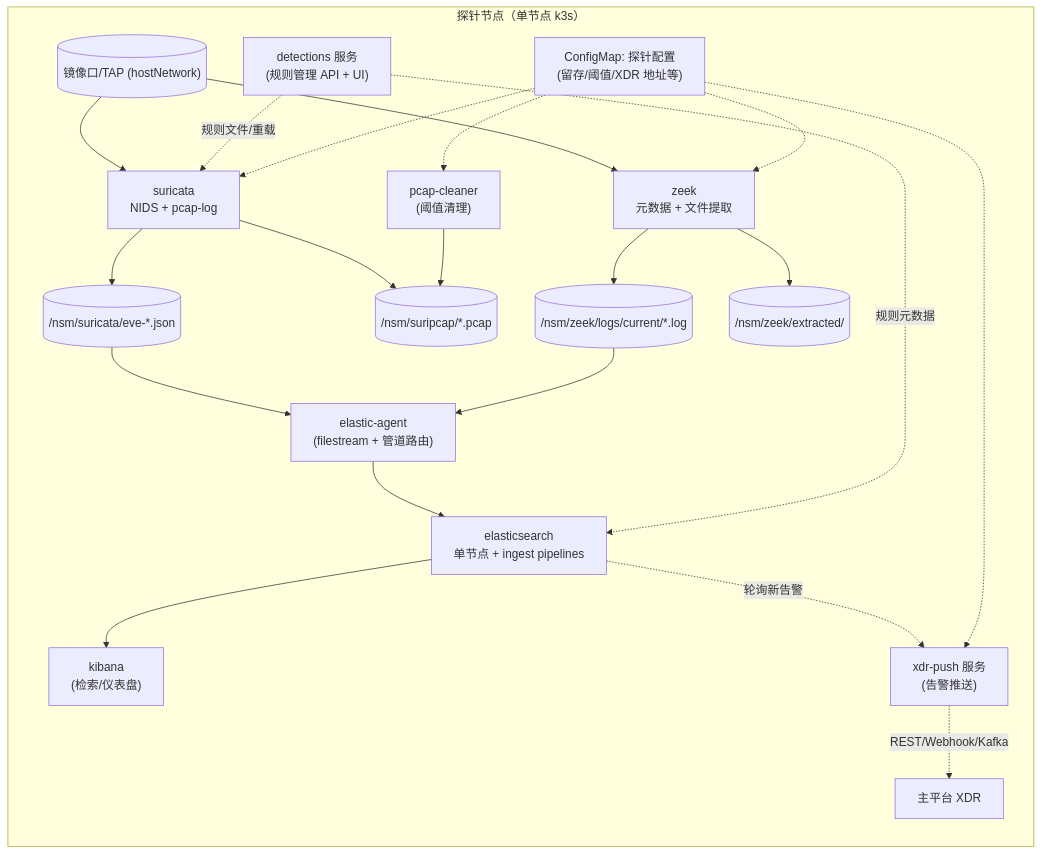
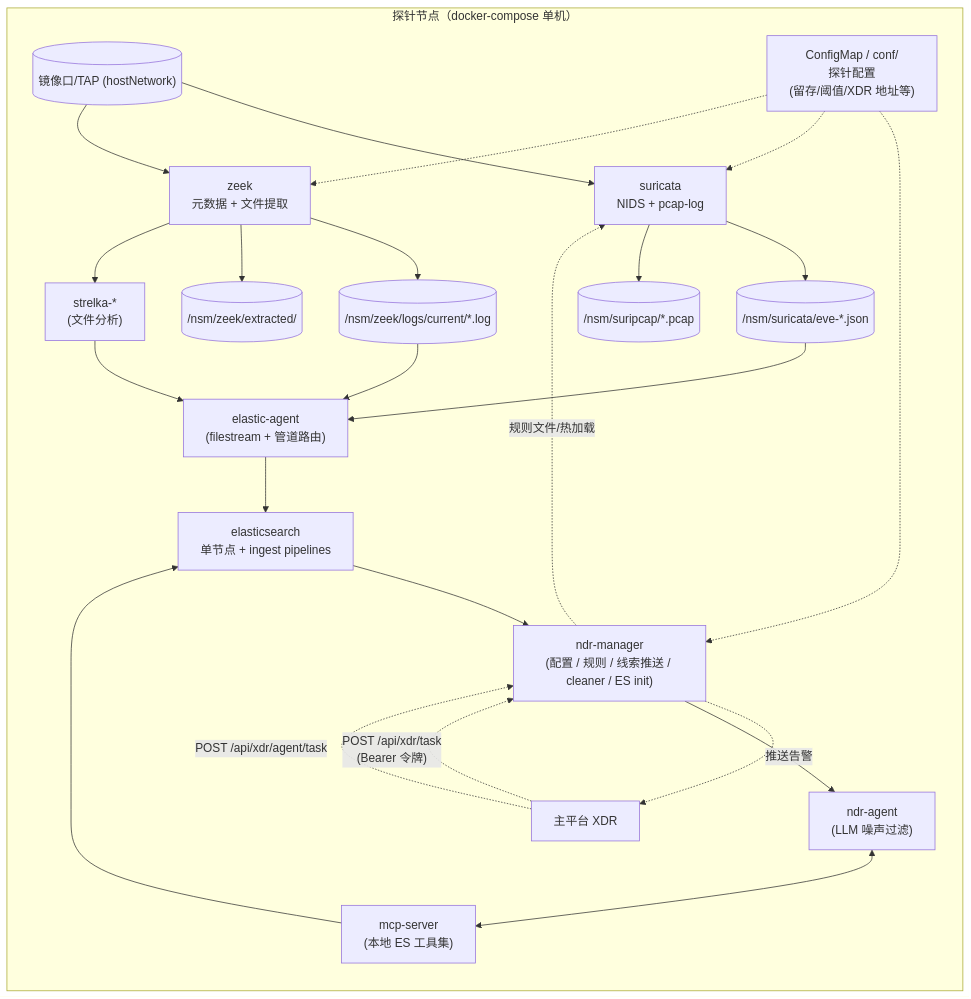
One commit to Cxiyuan/nss-ndr changed the diagram in docs/架构设计-NDR探针-容器化-k3s.md. Above: the diagram before and after it, drawn with Mermaid. The commit also changed other lines of this file and 8 other files, not shown here.

````diff
--- a/docs/架构设计-NDR探针-容器化-k3s.md
+++ b/docs/架构设计-NDR探针-容器化-k3s.md
@@ -18,35 +54,39 @@
 ```mermaid
 flowchart LR
-    subgraph K3S["探针节点（单节点 k3s）"]
+    subgraph NODE["探针节点（docker-compose 单机）"]
         TAP[("镜像口/TAP (hostNetwork)")]
         SUR["suricata<br/>NIDS + pcap-log"]
         ZK["zeek<br/>元数据 + 文件提取"]
         EVE[("/nsm/suricata/eve-*.json")]
         ZLOG[("/nsm/zeek/logs/current/*.log")]
         SURPCAP[("/nsm/suripcap/*.pcap")]
         EXTRACT[("/nsm/zeek/extracted/")]
         FB["elastic-agent<br/>(filestream + 管道路由)"]
         ES["elasticsearch<br/>单节点 + ingest pipelines"]
-        KIB["kibana<br/>(检索/仪表盘)"]
-        DET["detections 服务<br/>(规则管理 API + UI)"]
-        XDRP["xdr-push 服务<br/>(告警推送)"]
-        CLEAN["pcap-cleaner<br/>(阈值清理)"]
-        CFG["ConfigMap: 探针配置<br/>(留存/阈值/XDR 地址等)"]
+        MG["ndr-manager<br/>(配置 / 规则 / 线索推送 / cleaner / ES init)"]
+        MCP["mcp-server<br/>(本地 ES 工具集)"]
+        AG["ndr-agent<br/>(LLM 噪声过滤)"]
+        STR["strelka-*<br/>(文件分析)"]
+        CFG["ConfigMap / conf/<br/>探针配置<br/>(留存/阈值/XDR 地址等)"]
 
         TAP --> SUR & ZK
         SUR --> EVE
         SUR --> SURPCAP
         ZK --> ZLOG
         ZK --> EXTRACT
         EVE --> FB
         ZLOG --> FB
+        ZK --> STR
+        STR --> FB
         FB --> ES
-        ES --> KIB
-        DET -. 规则文件/重载 .-> SUR
-        DET -. 规则元数据 .-> ES
-        ES -. 轮询新告警 .-> XDRP
-        XDRP -. "REST/Webhook/Kafka" .-> XDR["主平台 XDR"]
-        CLEAN --> SURPCAP
-        CFG -.-> SUR & ZK & CLEAN & XDRP
+        ES --> MG
+        MG -. 规则文件/热加载 .-> SUR
+        MG -. 推送告警 .-> XDR["主平台 XDR"]
+        XDR -. "POST /api/xdr/task<br/>(Bearer 令牌)" .-> MG
+        XDR -. "POST /api/xdr/agent/task" .-> MG
+        MG --> AG
+        AG <--> MCP
+        MCP --> ES
+        CFG -.-> MG & SUR & ZK
     end
 ```
````
